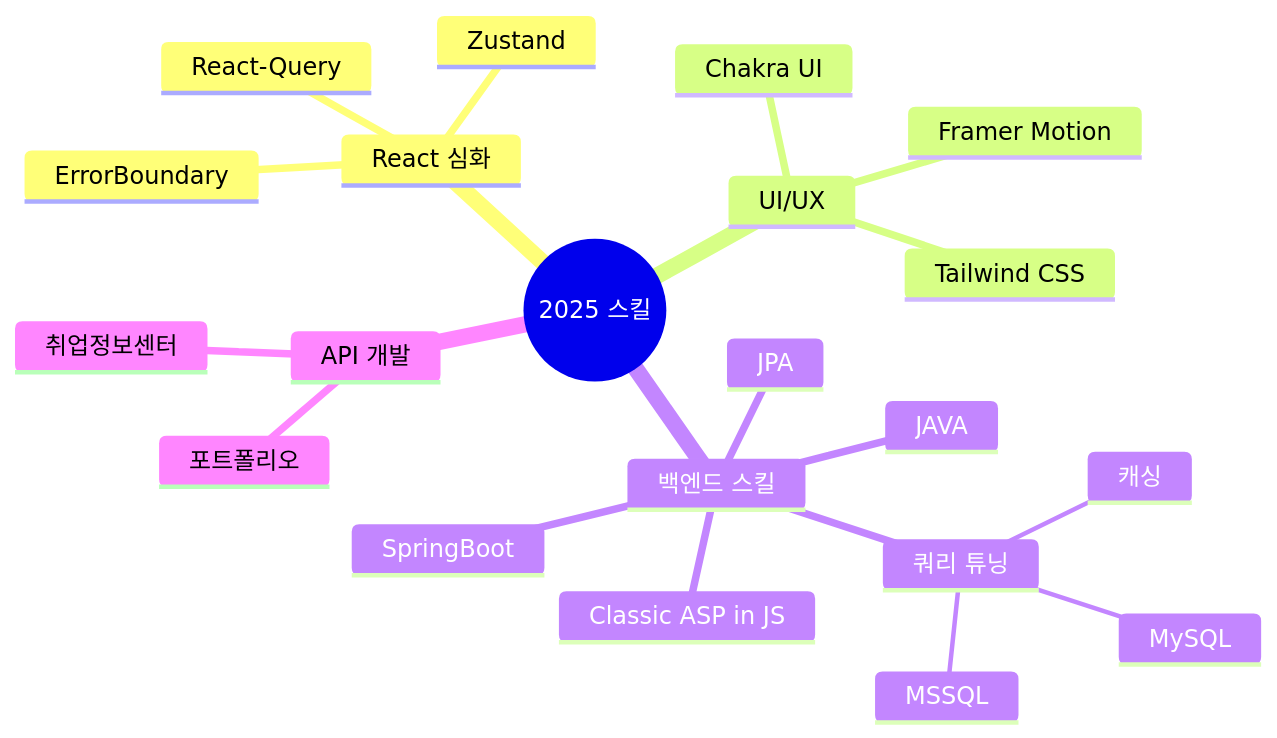
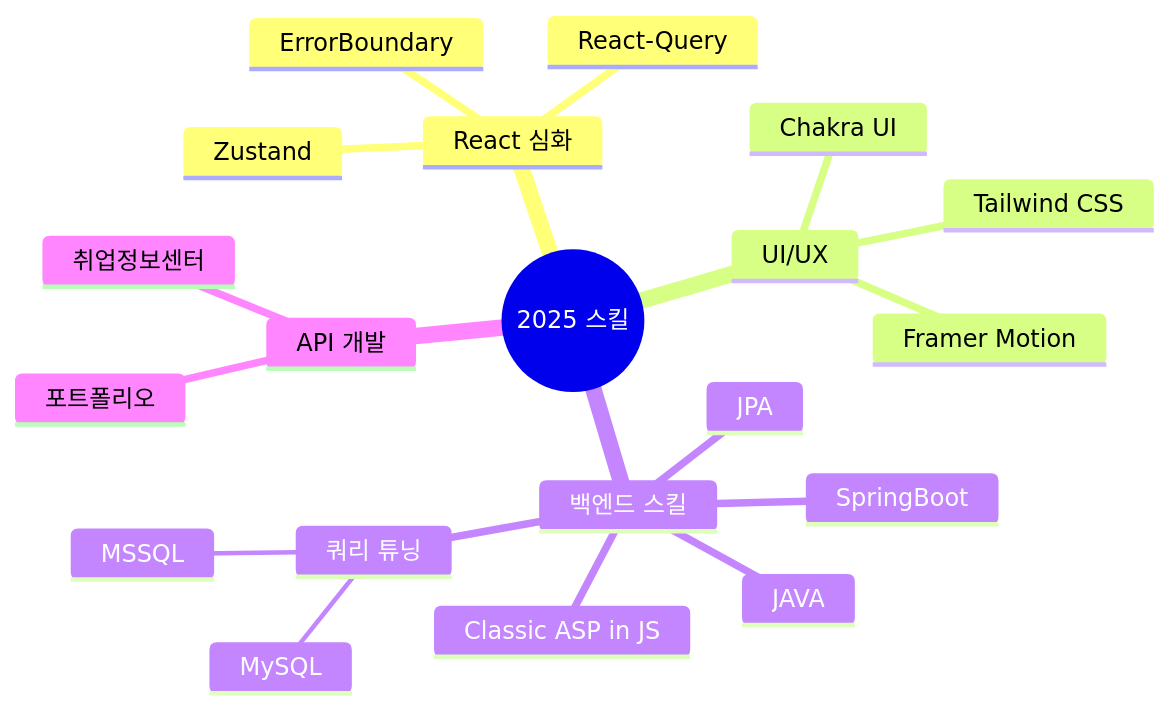
Before and after one commit to SnowsFE/SnowsFE: the diagram in README.md, drawn with Mermaid.

````diff
--- a/README.md
+++ b/README.md
@@ -145,24 +145,23 @@
 ```mermaid
 mindmap
   root((2025 스킬))
     React 심화
       Zustand
       React-Query
       ErrorBoundary
     UI/UX
       Chakra UI
       Tailwind CSS
       Framer Motion
     백엔드 스킬
       Classic ASP in JS
       SpringBoot
       JAVA
       JPA
       쿼리 튜닝
         MSSQL
         MySQL
-        캐싱
     API 개발
       포트폴리오
       취업정보센터
 ```
````
